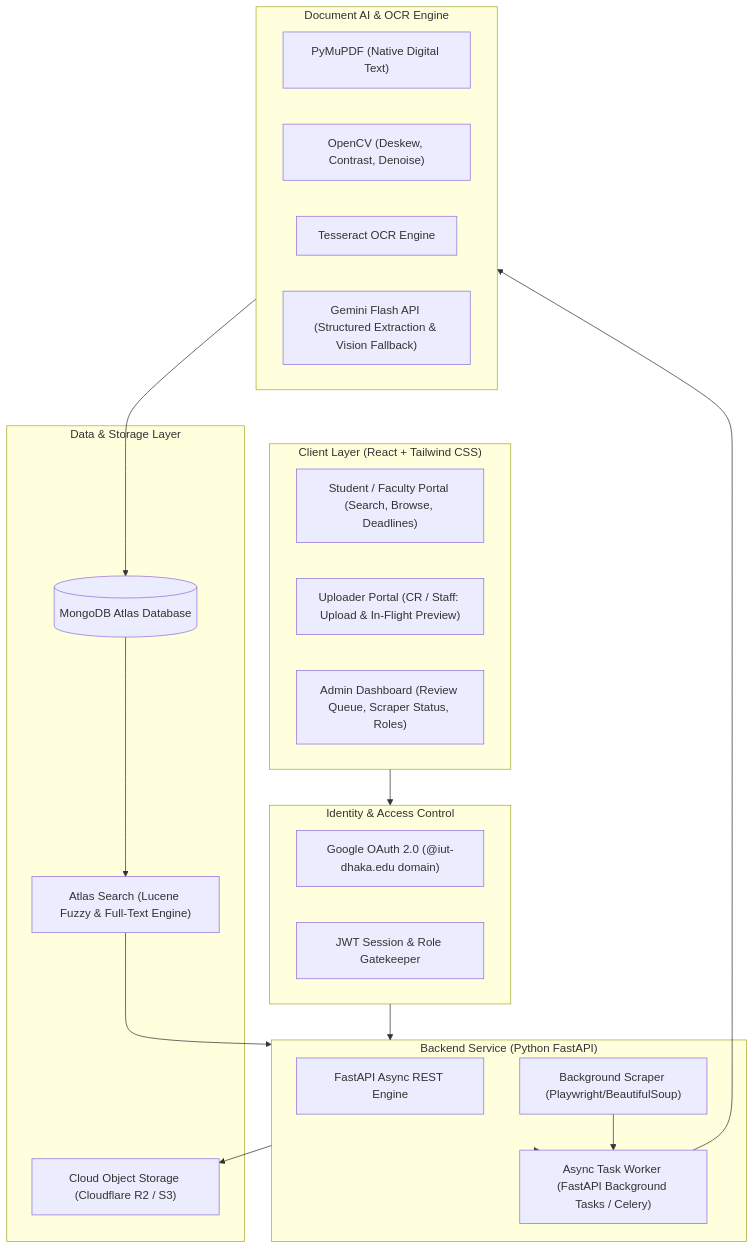
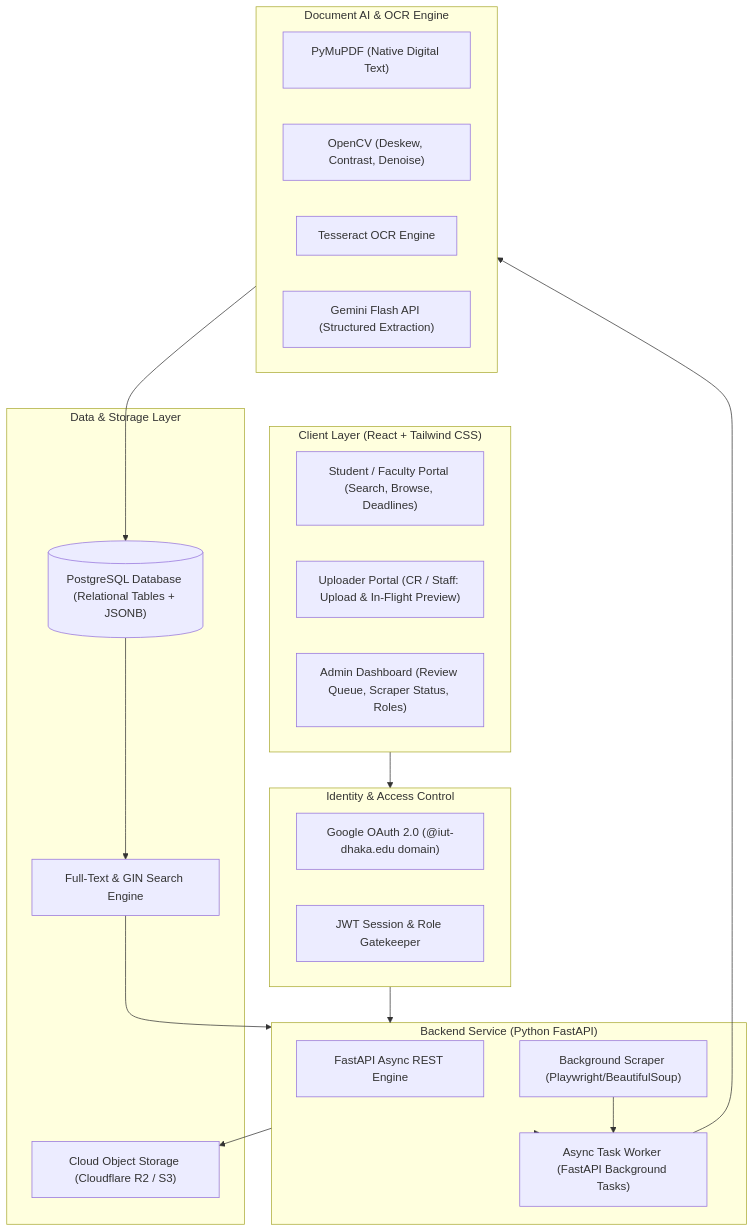
Before and after one commit to AshfaqueSadad/IRIS-IUT-Repository-and-Information-System: the first of 2 diagrams in documents & artifacts/PROJECT_PLAN_AND_ARCHITECTURE.md, drawn with Mermaid. The commit also changed other lines of this file and 16 other files, not shown here.

Commit message:
refactor(database): migrate from MongoDB to PostgreSQL with SQLAlchemy asyncpg and JSONB metadata

````diff
--- a/documents & artifacts/PROJECT_PLAN_AND_ARCHITECTURE.md
+++ b/documents & artifacts/PROJECT_PLAN_AND_ARCHITECTURE.md
@@ -34,42 +34,42 @@
 ```mermaid
 flowchart TD
     subgraph ClientLayer ["Client Layer (React + Tailwind CSS)"]
         UI_Student["Student / Faculty Portal (Search, Browse, Deadlines)"]
         UI_Uploader["Uploader Portal (CR / Staff: Upload & In-Flight Preview)"]
         UI_Admin["Admin Dashboard (Review Queue, Scraper Status, Roles)"]
     end
 
     subgraph AuthLayer ["Identity & Access Control"]
         OAuth["Google OAuth 2.0 (@iut-dhaka.edu domain)"]
         JWT["JWT Session & Role Gatekeeper"]
     end
 
     subgraph APILayer ["Backend Service (Python FastAPI)"]
         API_Gateway["FastAPI Async REST Engine"]
         Scraper["Background Scraper (Playwright/BeautifulSoup)"]
-        TaskQueue["Async Task Worker (FastAPI Background Tasks / Celery)"]
+        TaskQueue["Async Task Worker (FastAPI Background Tasks)"]
     end
 
     subgraph ProcessingPipeline ["Document AI & OCR Engine"]
         PDFParser["PyMuPDF (Native Digital Text)"]
         CV_Module["OpenCV (Deskew, Contrast, Denoise)"]
         OCR_Engine["Tesseract OCR Engine"]
-        LLM_Module["Gemini Flash API (Structured Extraction & Vision Fallback)"]
+        LLM_Module["Gemini Flash API (Structured Extraction)"]
     end
 
     subgraph DataLayer ["Data & Storage Layer"]
         Storage["Cloud Object Storage (Cloudflare R2 / S3)"]
-        MongoDB[("MongoDB Atlas Database")]
-        AtlasSearch["Atlas Search (Lucene Fuzzy & Full-Text Engine)"]
+        Postgres[("PostgreSQL Database (Relational Tables + JSONB)")]
+        FTS["Full-Text & GIN Search Engine"]
     end
 
     ClientLayer --> AuthLayer
     AuthLayer --> APILayer
     APILayer --> Storage
     APILayer --> TaskQueue
     TaskQueue --> ProcessingPipeline
-    ProcessingPipeline --> MongoDB
-    MongoDB --> AtlasSearch
-    AtlasSearch --> APILayer
+    ProcessingPipeline --> Postgres
+    Postgres --> FTS
+    FTS --> APILayer
     Scraper --> TaskQueue
 ```
````
